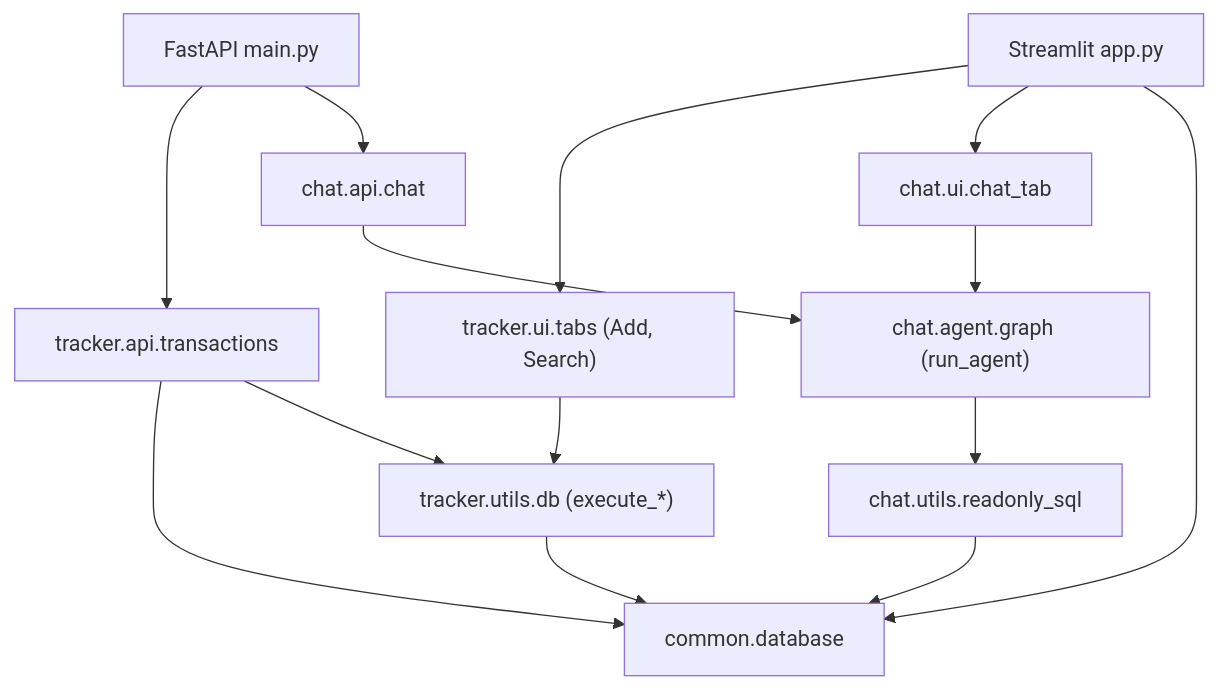
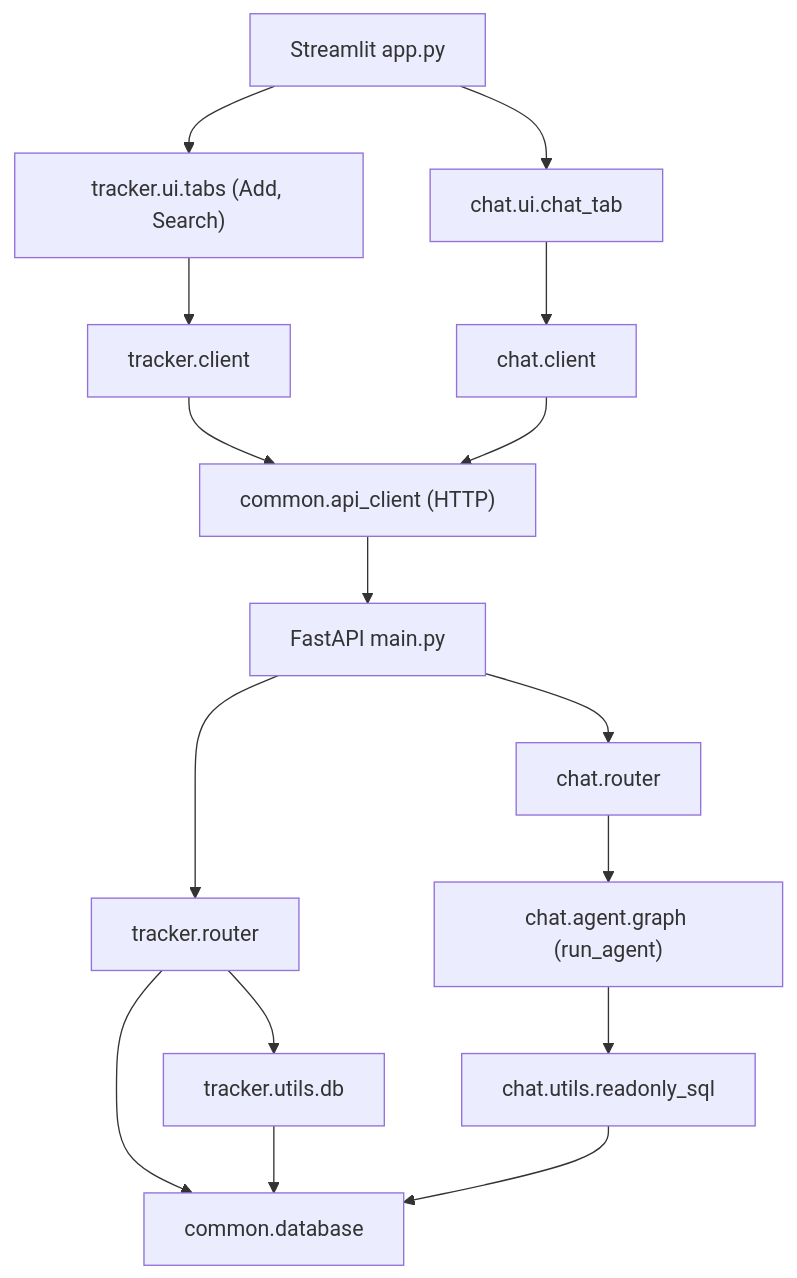
One commit to reddybharat/parsel changed the diagram in ARCHITECTURE.md. Above: the diagram before and after it, drawn with Mermaid. The commit also changed other lines of this file and 2 other files, not shown here.

Commit message:
Updated ARCHITECTURE.md and gitignore

````diff
--- a/ARCHITECTURE.md
+++ b/ARCHITECTURE.md
@@ -58,19 +65,18 @@
 ```mermaid
 flowchart TD
-  mainApp["FastAPI main.py"] --> trackerApi["tracker.api.transactions"]
-  mainApp --> chatApi["chat.api.chat"]
-
   streamlitApp["Streamlit app.py"] --> trackerUI["tracker.ui.tabs (Add, Search)"]
   streamlitApp --> chatUI["chat.ui.chat_tab"]
-
-  trackerApi --> commonDB["common.database"]
-  trackerApi --> trackerDb["tracker.utils.db (execute_*)"]
+  trackerUI --> trackerClient["tracker.client"]
+  chatUI --> chatClient["chat.client"]
+  trackerClient --> apiClient["common.api_client (HTTP)"]
+  chatClient --> apiClient
+  apiClient --> mainApp["FastAPI main.py"]
+  mainApp --> trackerRouter["tracker.router"]
+  mainApp --> chatRouter["chat.router"]
+  trackerRouter --> commonDB["common.database"]
+  trackerRouter --> trackerDb["tracker.utils.db"]
   trackerDb --> commonDB
-  streamlitApp --> commonDB
-  trackerUI --> trackerDb
-
-  chatApi --> chatAgent["chat.agent.graph (run_agent)"]
-  chatUI --> chatAgent
+  chatRouter --> chatAgent["chat.agent.graph (run_agent)"]
   chatAgent --> chatReadonly["chat.utils.readonly_sql"]
   chatReadonly --> commonDB
 ```
````
